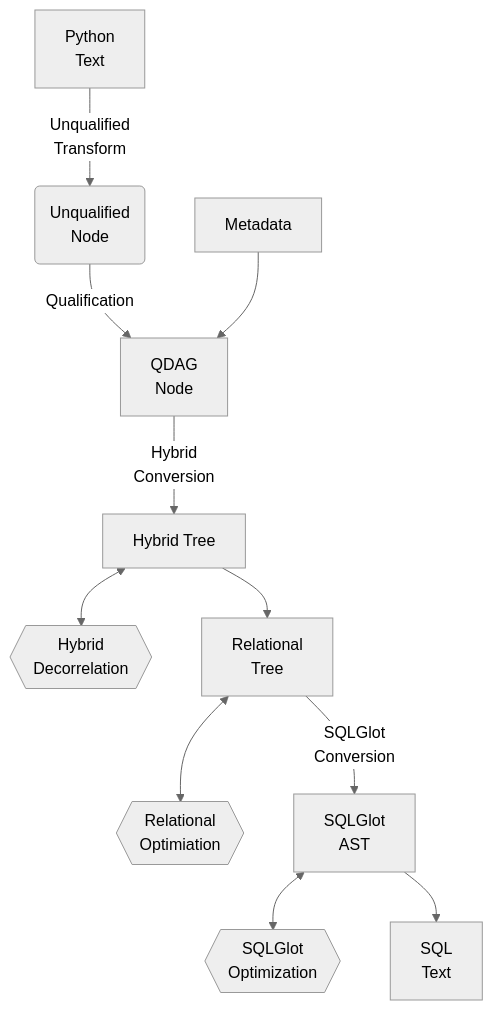
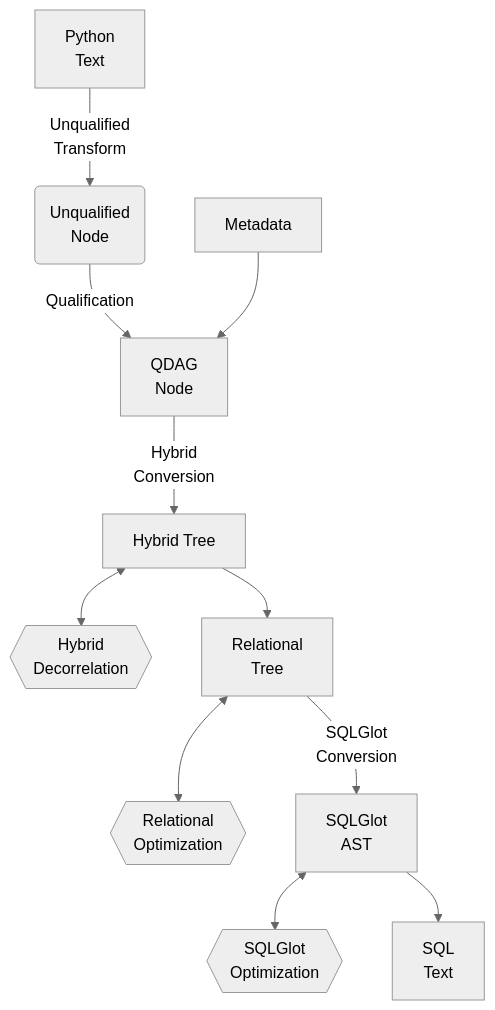
The first of 7 diagrams in documentation/ir.md (bodo-ai/PyDough), drawn with Mermaid (neutral theme) before and after one commit. The commit also changed other lines of this file, not shown here.

````diff
--- a/documentation/ir.md
+++ b/documentation/ir.md
@@ -40,25 +40,25 @@
 ```mermaid
 flowchart TD
     A[Python
     Text] -->|"Unqualified
     Transform"| B(Unqualified
     Node)
     B -->|Qualification| C[QDAG
     Node]
     B'[Metadata] -->C
     C -->|"Hybrid
     Conversion"| D[Hybrid Tree]
     D <--> D'{{Hybrid
     Decorrelation}}
     D --> E[Relational
     Tree]
     E <--> E'{{Relational
-    Optimiation}}
+    Optimization}}
     F <--> F'{{SQLGlot
     Optimization}}
     E -->|SQLGlot
     Conversion| F[SQLGlot
     AST]
     F --> G[SQL
     Text]
 ```
````
